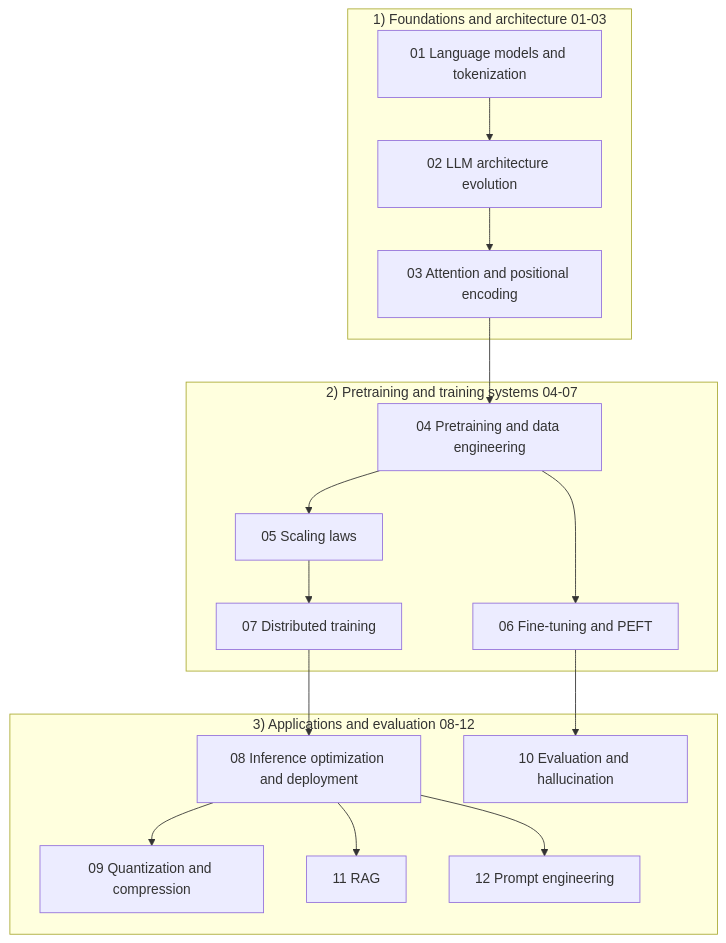
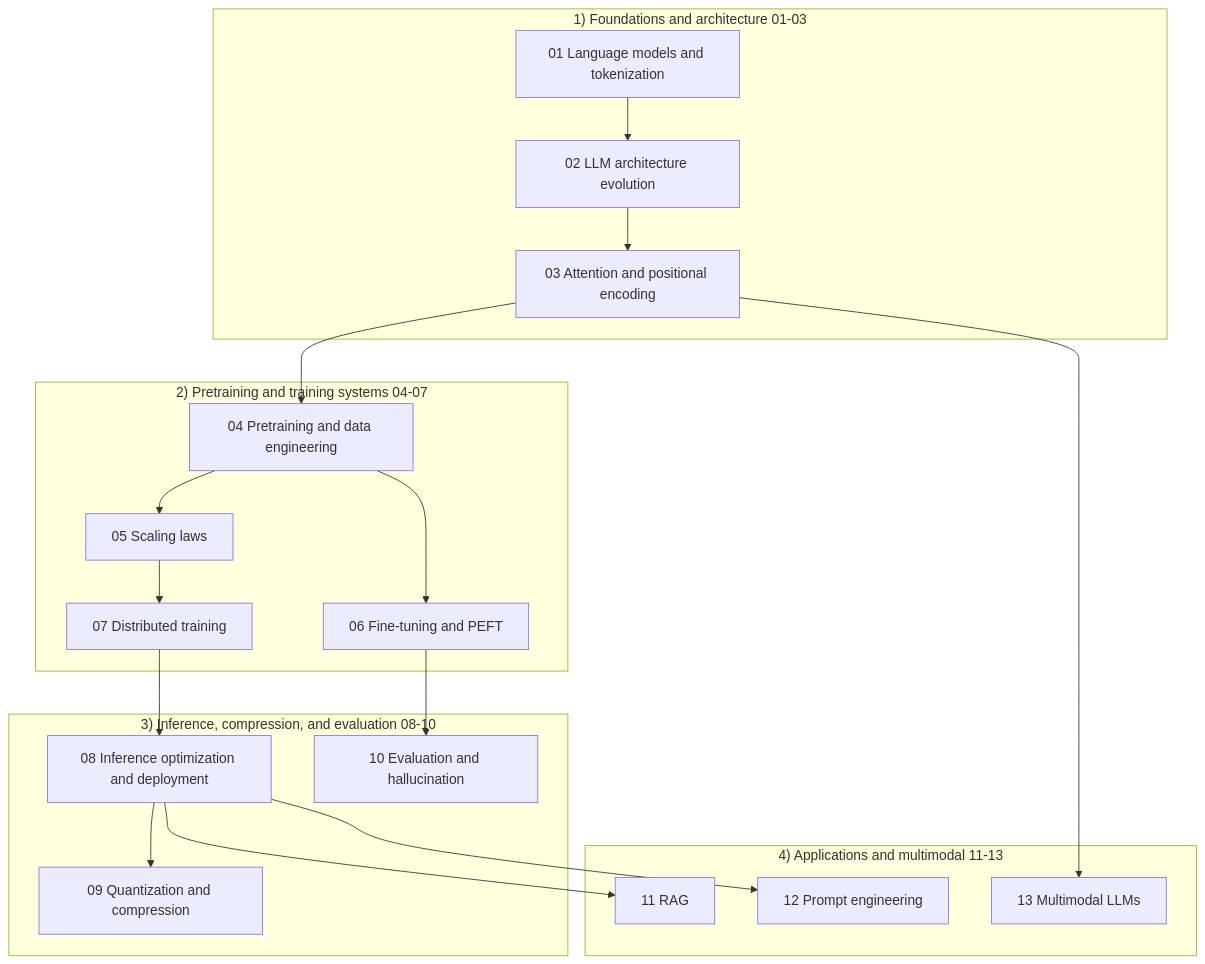
One commit to chua5683/MLE_Learnings changed the diagram in docs/04-llm/README.md. Above: the diagram before and after it, drawn with Mermaid. The commit also changed other lines of this file and 29 other files, not shown here.

````diff
--- a/docs/04-llm/README.md
+++ b/docs/04-llm/README.md
@@ -7,28 +7,32 @@
 ```mermaid
 flowchart TB
     subgraph S1["1) Foundations and architecture 01-03"]
         A1["01 Language models and tokenization"]
         A2["02 LLM architecture evolution"]
         A3["03 Attention and positional encoding"]
     end
     subgraph S2["2) Pretraining and training systems 04-07"]
         A4["04 Pretraining and data engineering"]
         A5["05 Scaling laws"]
         A6["06 Fine-tuning and PEFT"]
         A7["07 Distributed training"]
     end
-    subgraph S3["3) Applications and evaluation 08-12"]
+    subgraph S3["3) Inference, compression, and evaluation 08-10"]
         A8["08 Inference optimization and deployment"]
         A9["09 Quantization and compression"]
         A10["10 Evaluation and hallucination"]
+    end
+    subgraph S4["4) Applications and multimodal 11-13"]
         A11["11 RAG"]
         A12["12 Prompt engineering"]
+        A13["13 Multimodal LLMs"]
     end
     A1 --> A2 --> A3
     A3 --> A4 --> A5 --> A7
     A4 --> A6
     A7 --> A8 --> A9
     A6 --> A10
     A8 --> A11
     A8 --> A12
+    A3 --> A13
 ```
````
